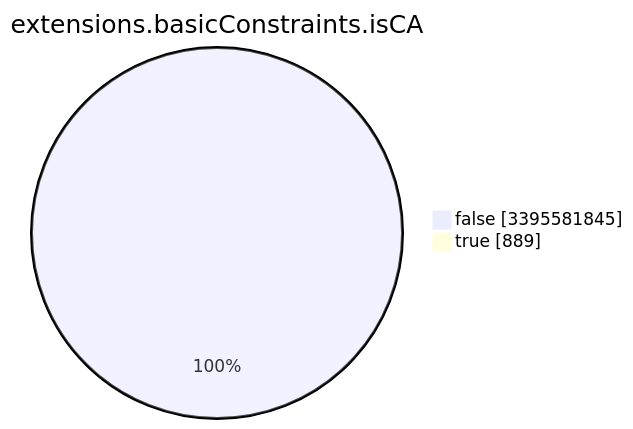
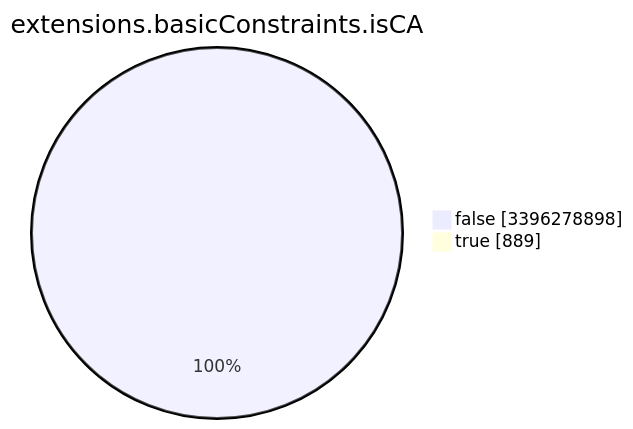
Before and after one commit to christiankrug/ctmonitor_visualization: the seventh of 15 diagrams in TOTAL/README.md, drawn with Mermaid. The commit also changed other lines of this file, not shown here.

````diff
--- a/TOTAL/README.md
+++ b/TOTAL/README.md
@@ -3090,6 +3091,6 @@
 ```mermaid
 pie showData
 title extensions.basicConstraints.isCA
-"false" :3395581845
+"false" :3396278898
 "true" :889
 ```
````
